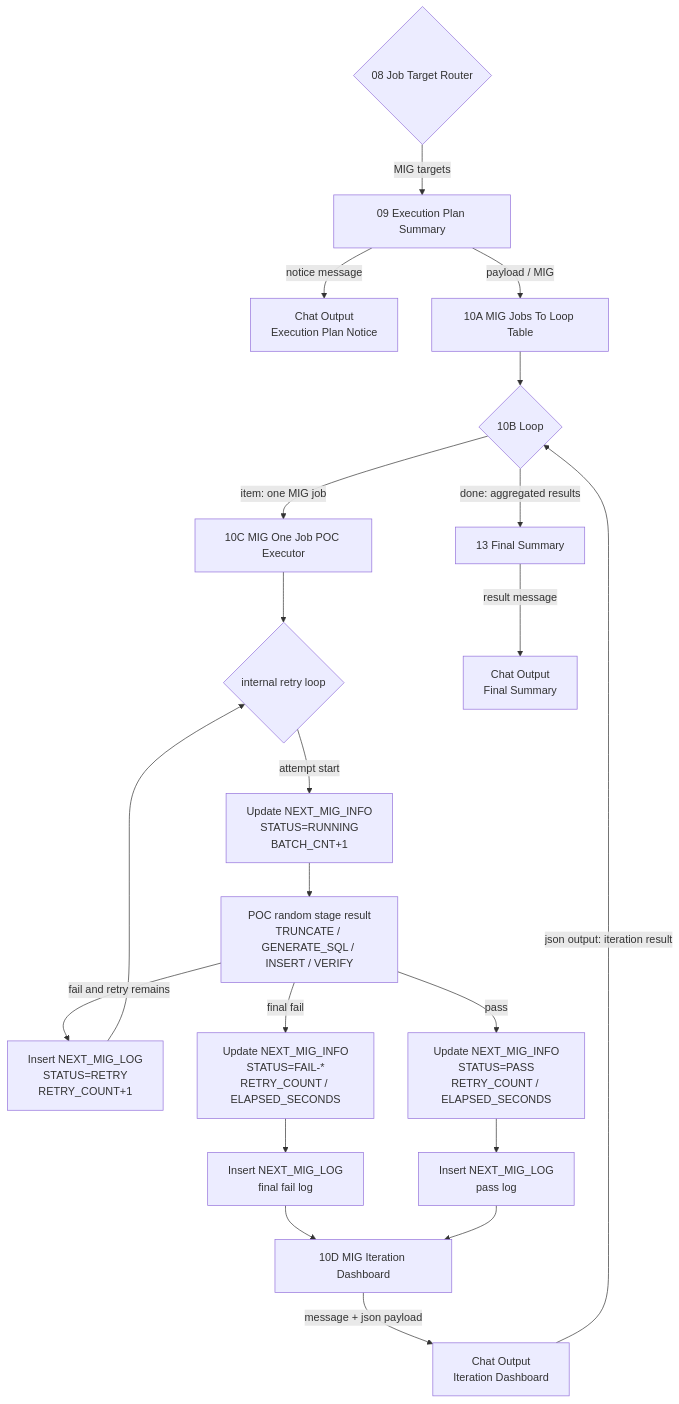
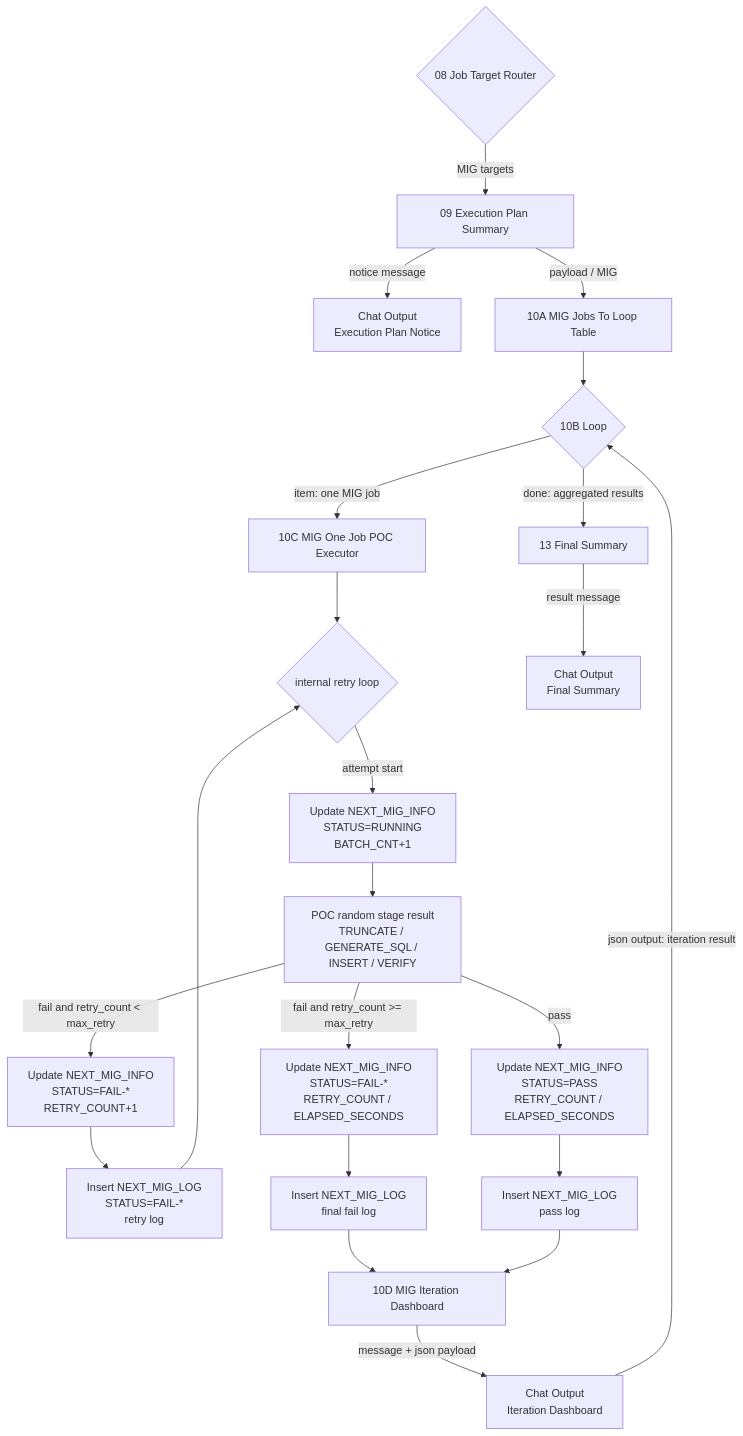
Before and after one commit to seongikjin227-jpg/refactoring_smartMigrate: the second of 2 diagrams in langflow_260819_newType/00_architecture.md, drawn with Mermaid. The commit also changed other lines of this file and 4 other files, not shown here.

````diff
--- a/langflow_260819_newType/00_architecture.md
+++ b/langflow_260819_newType/00_architecture.md
@@ -137,31 +147,32 @@
 ```mermaid
 flowchart TD
     H{"08 Job Target Router"} -->|MIG targets| P["09 Execution Plan Summary"]
     P -->|notice message| OUT_NOTICE["Chat Output<br/>Execution Plan Notice"]
     P -->|payload / MIG| MT["10A MIG Jobs To Loop Table"]
 
     MT --> L{"10B Loop"}
 
     L -->|item: one MIG job| W["10C MIG One Job POC Executor"]
     W --> R{"internal retry loop"}
 
     R -->|attempt start| U1["Update NEXT_MIG_INFO<br/>STATUS=RUNNING<br/>BATCH_CNT+1"]
     U1 --> X["POC random stage result<br/>TRUNCATE / GENERATE_SQL / INSERT / VERIFY"]
-    X -->|fail and retry remains| U2["Insert NEXT_MIG_LOG<br/>STATUS=RETRY<br/>RETRY_COUNT+1"]
-    U2 --> R
+    X -->|fail and retry_count < max_retry| U2["Update NEXT_MIG_INFO<br/>STATUS=FAIL-*<br/>RETRY_COUNT+1"]
+    U2 --> LOGR["Insert NEXT_MIG_LOG<br/>STATUS=FAIL-*<br/>retry log"]
+    LOGR --> R
 
-    X -->|final fail| U3["Update NEXT_MIG_INFO<br/>STATUS=FAIL-*<br/>RETRY_COUNT / ELAPSED_SECONDS"]
+    X -->|fail and retry_count >= max_retry| U3["Update NEXT_MIG_INFO<br/>STATUS=FAIL-*<br/>RETRY_COUNT / ELAPSED_SECONDS"]
     X -->|pass| U4["Update NEXT_MIG_INFO<br/>STATUS=PASS<br/>RETRY_COUNT / ELAPSED_SECONDS"]
 
     U3 --> LOGF["Insert NEXT_MIG_LOG<br/>final fail log"]
     U4 --> LOGP["Insert NEXT_MIG_LOG<br/>pass log"]
 
     LOGF --> D["10D MIG Iteration Dashboard"]
     LOGP --> D
 
     D -->|message + json payload| OUT_ITER["Chat Output<br/>Iteration Dashboard"]
     OUT_ITER -->|json output: iteration result| L
 
     L -->|done: aggregated results| S["13 Final Summary"]
     S -->|result message| OUT_FINAL["Chat Output<br/>Final Summary"]
 ```
````
